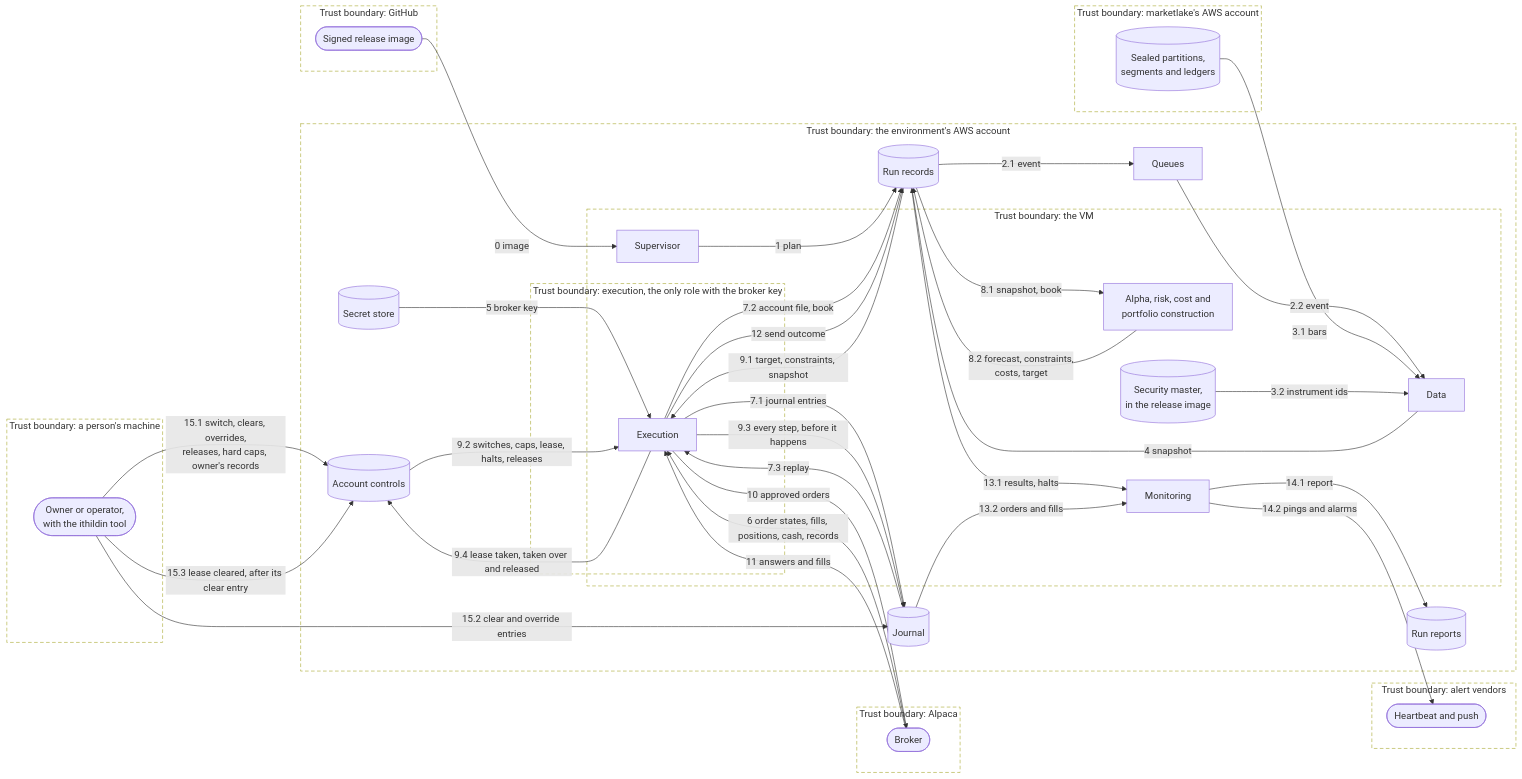
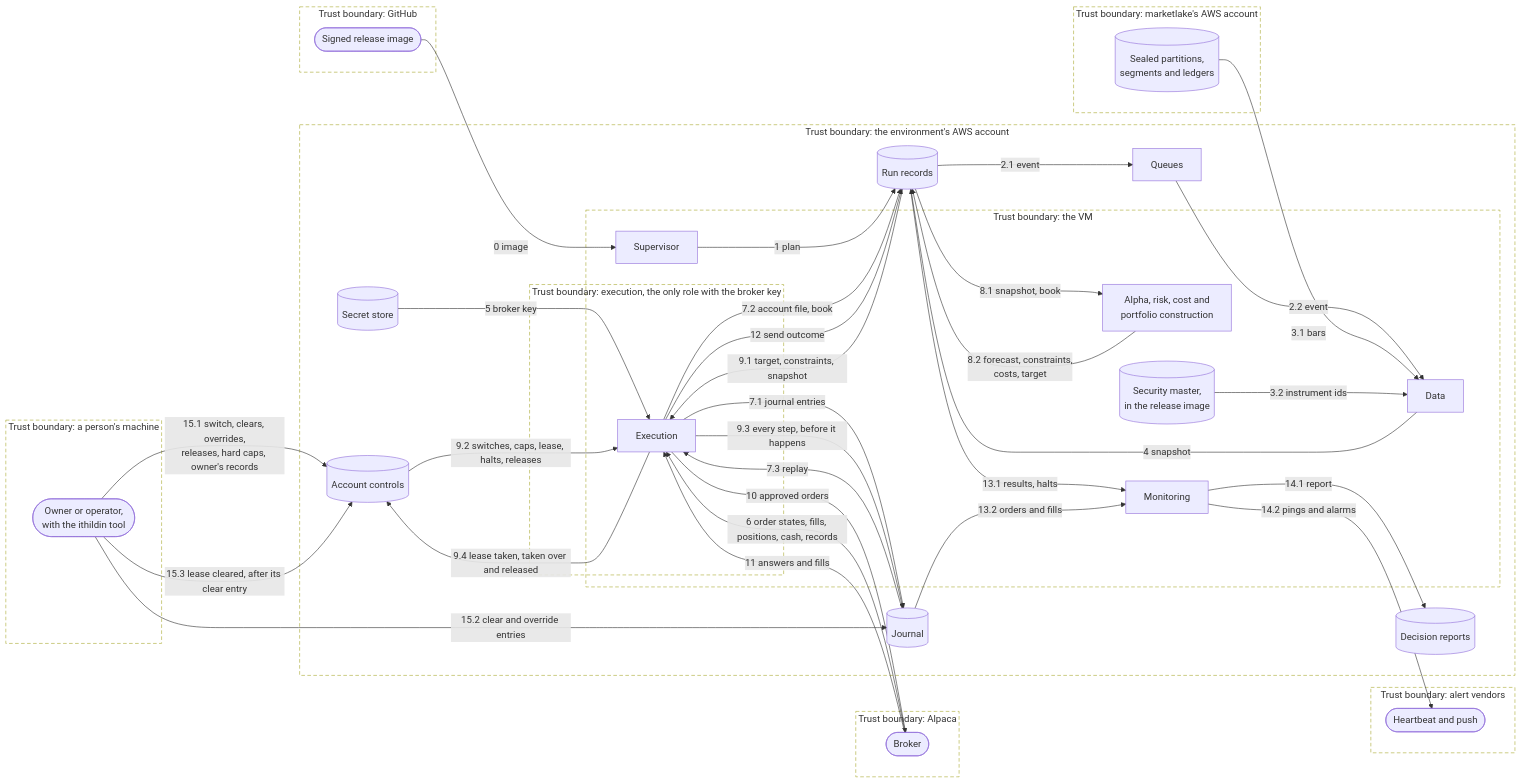
One commit to l3a0/ithildin-runtime changed diagram 12 of 36 in docs/architecture.md. Above: the diagram before and after it, drawn with Mermaid. The commit also changed other lines of this file, not shown here.

First line of the commit message:
docs: call run reports decision reports

````diff
--- a/docs/architecture.md
+++ b/docs/architecture.md
@@ -687,68 +687,68 @@
 ```mermaid
 flowchart LR
     subgraph tb_person["Trust boundary: a person's machine"]
         person(["Owner or operator,<br/>with the ithildin tool"])
     end
     subgraph tb_github["Trust boundary: GitHub"]
         registry(["Signed release image"])
     end
     subgraph tb_marketlake["Trust boundary: marketlake's AWS account"]
         lake[("Sealed partitions,<br/>segments and ledgers")]
     end
     subgraph tb_broker["Trust boundary: Alpaca"]
         brokerx(["Broker"])
     end
     subgraph tb_alert["Trust boundary: alert vendors"]
         alert(["Heartbeat and push"])
     end
     subgraph tb_account["Trust boundary: the environment's AWS account"]
         subgraph tb_vm["Trust boundary: the VM"]
             sup["Supervisor"]
             data["Data"]
             models["Alpha, risk, cost and<br/>portfolio construction"]
             mon["Monitoring"]
             d2[("Security master,<br/>in the release image")]
             subgraph tb_exec["Trust boundary: execution, the only role with the broker key"]
                 exec["Execution"]
             end
         end
         queue["Queues"]
         secret[("Secret store")]
         d1[("Run records")]
         d3[("Journal")]
-        d4[("Run reports")]
+        d4[("Decision reports")]
         d5[("Account controls")]
     end
 
     registry -->|"0 image"| sup
     sup -->|"1 plan"| d1
     d1 -->|"2.1 event"| queue
     queue -->|"2.2 event"| data
     lake -->|"3.1 bars"| data
     d2 -->|"3.2 instrument ids"| data
     data -->|"4 snapshot"| d1
     secret -->|"5 broker key"| exec
     brokerx -->|"6 order states, fills, positions, cash, records"| exec
     exec -->|"7.1 journal entries"| d3
     exec -->|"7.2 account file, book"| d1
     d3 -->|"7.3 replay"| exec
     d1 -->|"8.1 snapshot, book"| models
     models -->|"8.2 forecast, constraints,<br/>costs, target"| d1
     d1 -->|"9.1 target, constraints, snapshot"| exec
     d5 -->|"9.2 switches, caps, lease, halts, releases"| exec
     exec -->|"9.3 every step, before it happens"| d3
     exec -->|"9.4 lease taken, taken over and released"| d5
     exec -->|"10 approved orders"| brokerx
     brokerx -->|"11 answers and fills"| exec
     exec -->|"12 send outcome"| d1
     d1 -->|"13.1 results, halts"| mon
     d3 -->|"13.2 orders and fills"| mon
     mon -->|"14.1 report"| d4
     mon -->|"14.2 pings and alarms"| alert
     person -->|"15.1 switch, clears, overrides,<br/>releases, hard caps, owner's records"| d5
     person -->|"15.2 clear and override entries"| d3
     person -->|"15.3 lease cleared, after its clear entry"| d5
 
     classDef boundary fill:none,stroke-dasharray:6 4
     class tb_person,tb_github,tb_marketlake,tb_broker,tb_alert,tb_account,tb_vm,tb_exec boundary
 ```
````
